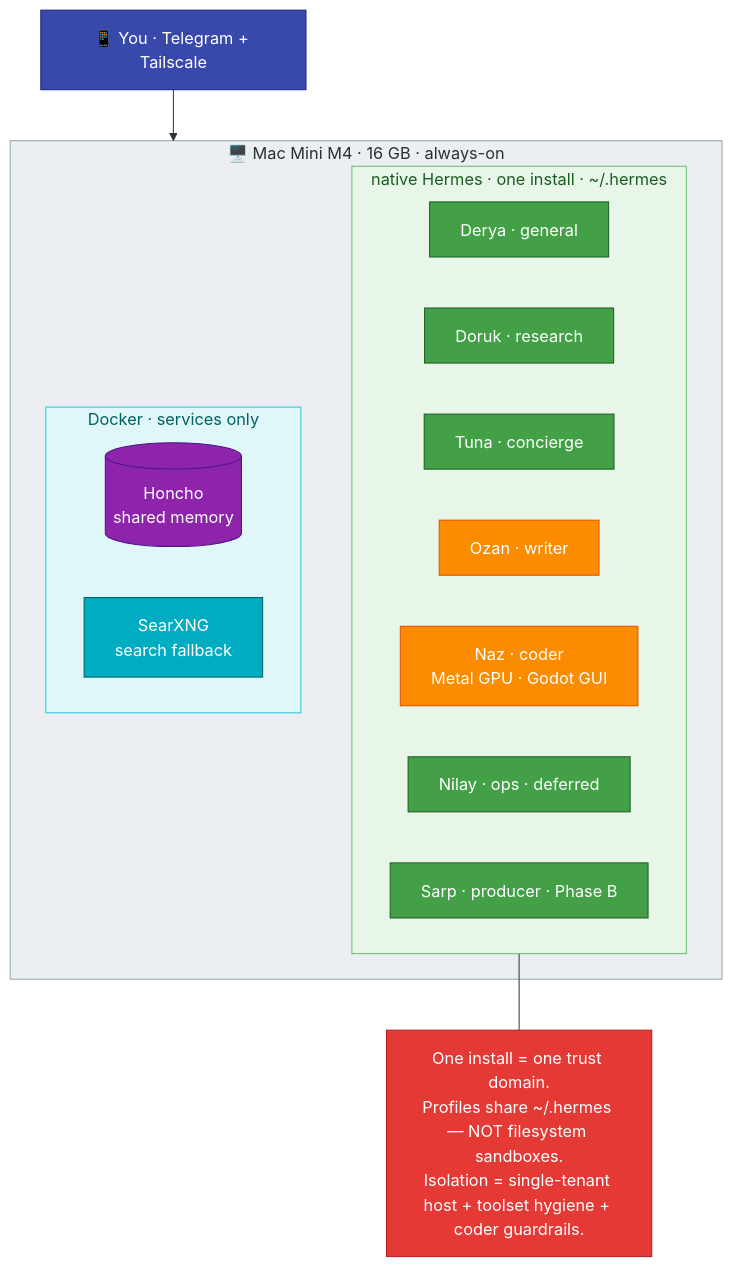
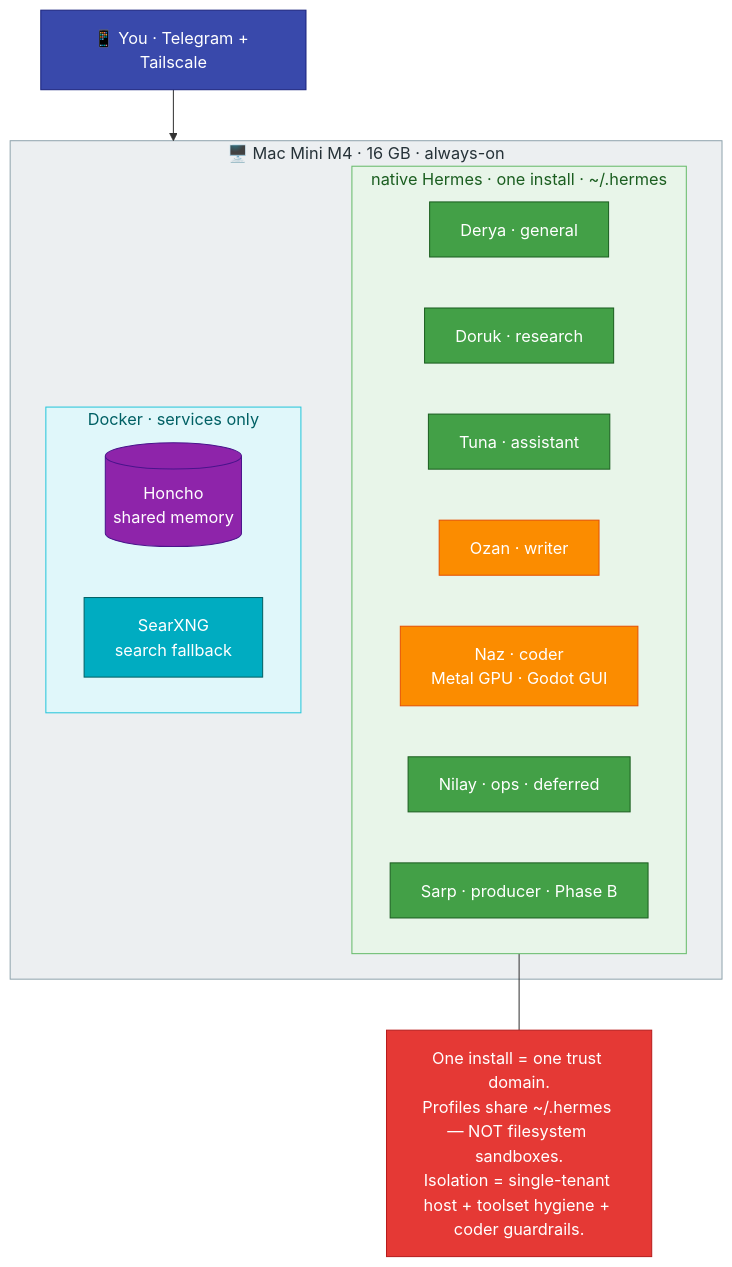
The diagram in docs/01-architecture.md (mpolatcan/hermes-setup), drawn with Mermaid before and after one commit. The commit also changed 12 other files, not shown here.

First line of the commit message:
docs: rename slug concierge -> assistant (clearer functional label)

````diff
--- a/docs/01-architecture.md
+++ b/docs/01-architecture.md
@@ -7,30 +7,30 @@
 ```mermaid
 flowchart TB
     subgraph mini["🖥️ Mac Mini M4 · 16 GB · always-on"]
         subgraph hermes["native Hermes · one install · ~/.hermes"]
             k["Derya · general"]:::mini
             m["Doruk · research"]:::mini
-            u["Tuna · concierge"]:::mini
+            u["Tuna · assistant"]:::mini
             w["Ozan · writer"]:::codex
             c["Naz · coder<br/>Metal GPU · Godot GUI"]:::codex
             o["Nilay · ops · deferred"]:::mini
             p["Sarp · producer · Phase B"]:::mini
         end
         subgraph svc["Docker · services only"]
             Honcho[("Honcho<br/>shared memory")]:::infra
             SearXNG["SearXNG<br/>search fallback"]:::svc
         end
     end
     phone["📱 You · Telegram + Tailscale"]:::user --> mini
     note["One install = one trust domain.<br/>Profiles share ~/.hermes — NOT filesystem sandboxes.<br/>Isolation = single-tenant host + toolset hygiene + coder guardrails."]:::danger
     hermes --- note
     classDef user fill:#3949AB,stroke:#1A237E,color:#fff
     classDef mini fill:#43A047,stroke:#1B5E20,color:#fff
     classDef codex fill:#FB8C00,stroke:#E65100,color:#fff
     classDef infra fill:#8E24AA,stroke:#4A148C,color:#fff
     classDef svc fill:#00ACC1,stroke:#006064,color:#fff
     classDef danger fill:#E53935,stroke:#B71C1C,color:#fff
     style mini fill:#ECEFF1,stroke:#90A4AE,color:#263238
     style hermes fill:#E8F5E9,stroke:#66BB6A,color:#1B5E20
     style svc fill:#E0F7FA,stroke:#26C6DA,color:#006064
 ```
````
